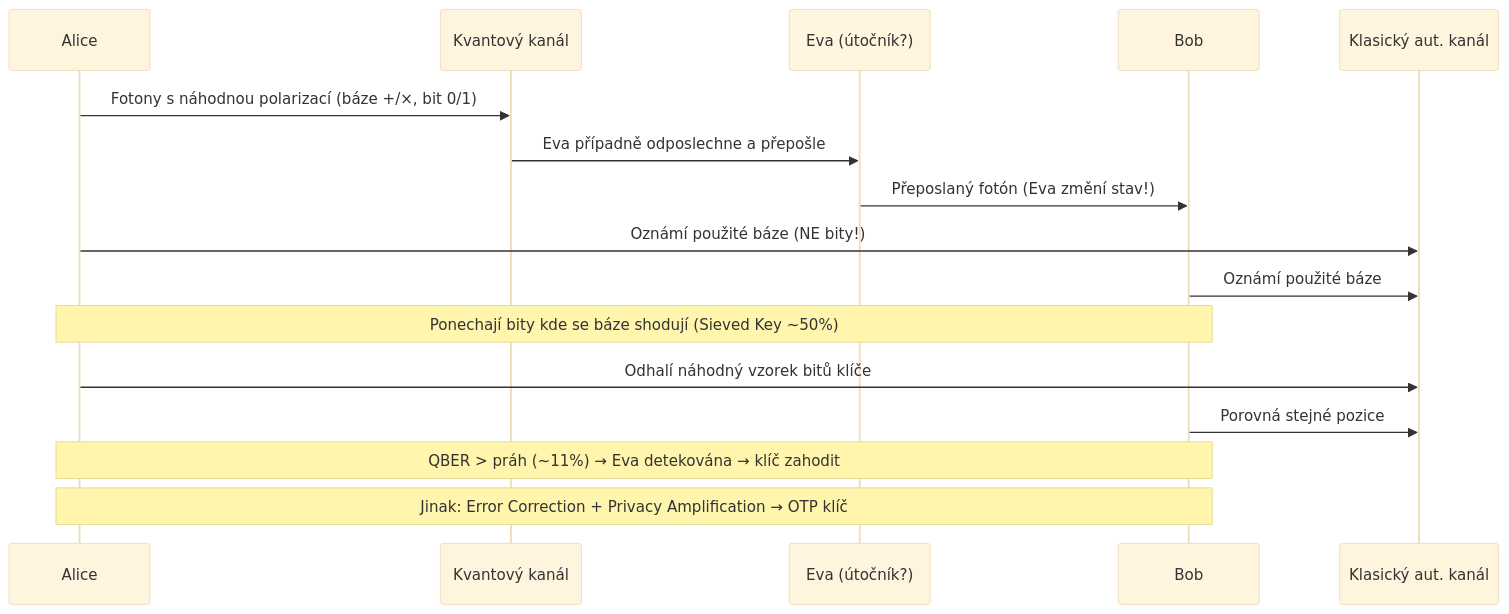
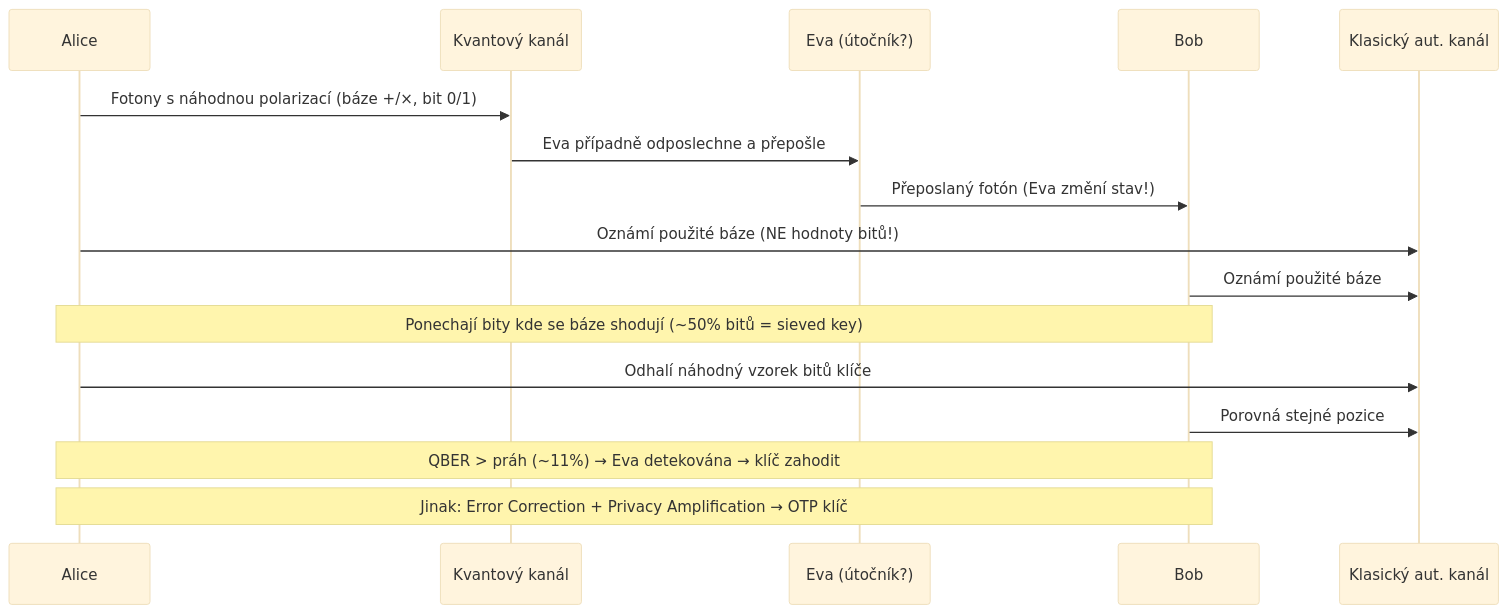
The diagram in docs/skripta/07-kvanty.md (MatuskaDev/CTU-KAB-Study-Material), drawn with Mermaid (base theme) before and after one commit. The commit also changed other lines of this file and 277 other files, not shown here.

````diff
--- a/docs/skripta/07-kvanty.md
+++ b/docs/skripta/07-kvanty.md
@@ -40,19 +141,19 @@
 ```mermaid
 sequenceDiagram
     participant A as Alice
     participant Q as Kvantový kanál
     participant E as Eva (útočník?)
     participant B as Bob
     participant C as Klasický aut. kanál
 
     A->>Q: Fotony s náhodnou polarizací (báze +/×, bit 0/1)
     Q->>E: Eva případně odposlechne a přepošle
     E->>B: Přeposlaný fotón (Eva změní stav!)
-    A->>C: Oznámí použité báze (NE bity!)
+    A->>C: Oznámí použité báze (NE hodnoty bitů!)
     B->>C: Oznámí použité báze
-    note over A,B: Ponechají bity kde se báze shodují (Sieved Key ~50%)
+    note over A,B: Ponechají bity kde se báze shodují (~50% bitů = sieved key)
     A->>C: Odhalí náhodný vzorek bitů klíče
     B->>C: Porovná stejné pozice
     note over A,B: QBER > práh (~11%) → Eva detekována → klíč zahodit
     note over A,B: Jinak: Error Correction + Privacy Amplification → OTP klíč
 ```
````
